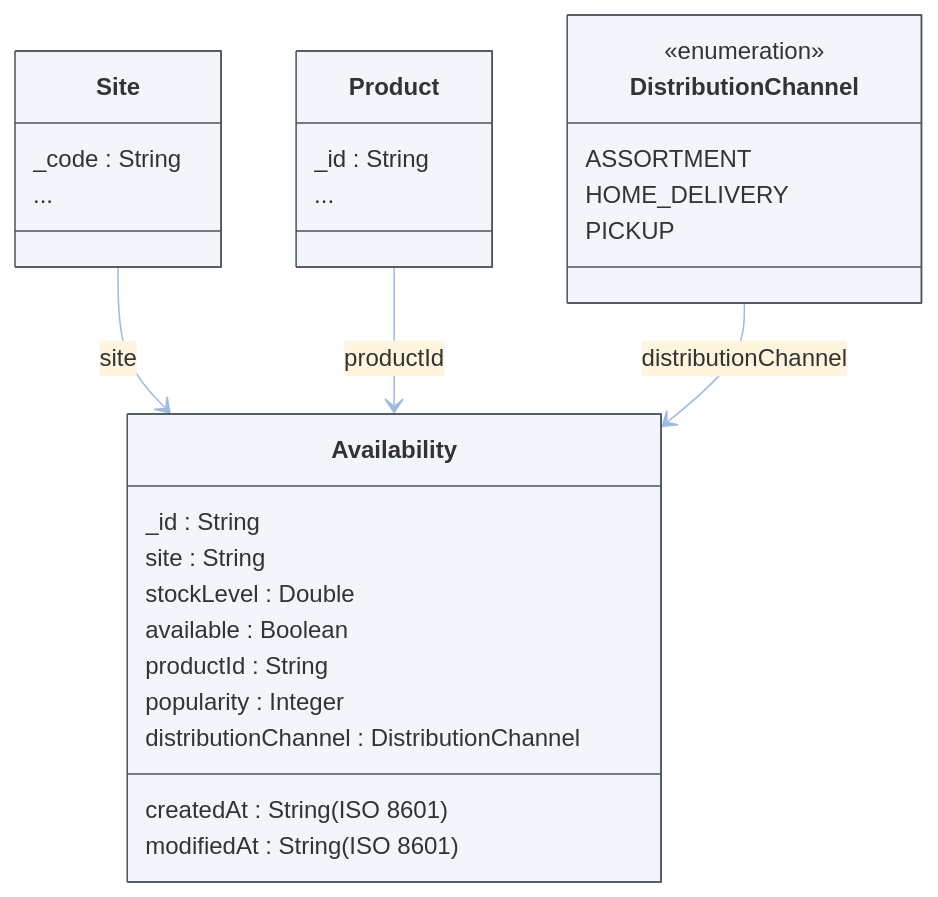
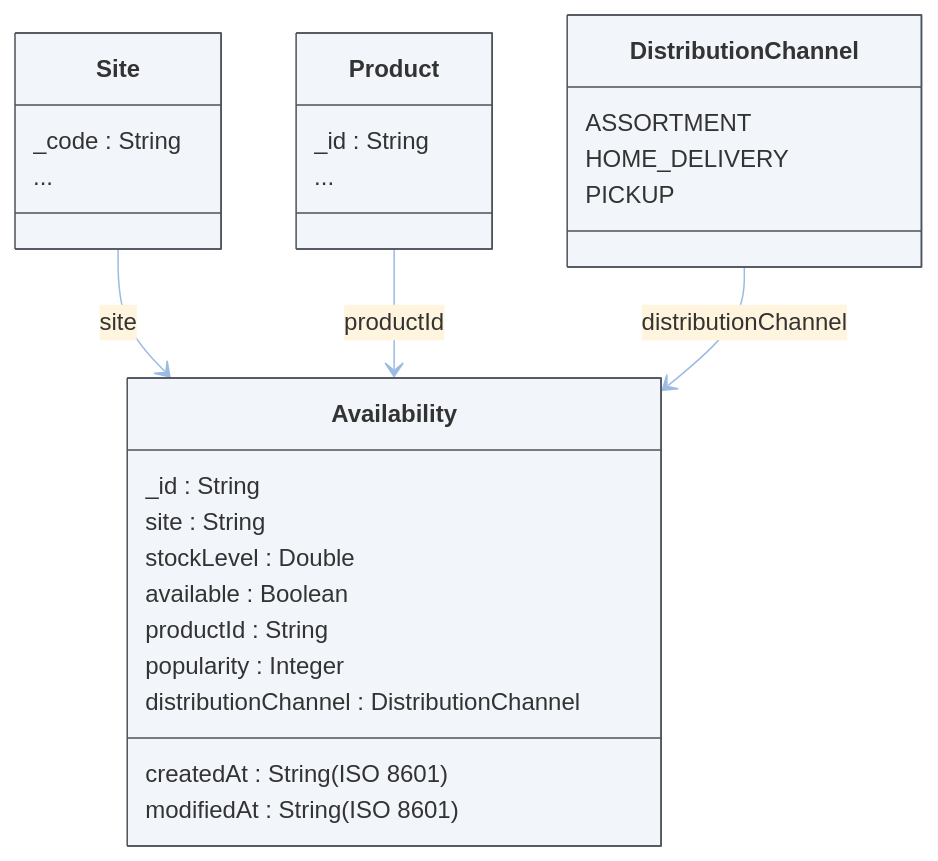
Before and after one commit to emporix/api-references: the diagram in orders/availability/availability.md, drawn with Mermaid. The commit also changed 1 other file, not shown here.

Commit message:
Review fixes

````diff
--- a/orders/availability/availability.md
+++ b/orders/availability/availability.md
@@ -34,52 +34,51 @@
 ```mermaid
 ---
 config:
   layout: fixed
   theme: base
   look: classic
   themeVariables:
     background: transparent
     lineColor: "#9CBBE3"
     arrowheadColor: "#9CBBE3"
     edgeLabelBackground: "#FFC128"
     edgeLabelTextColor: "#4C5359"
 ---
 classDiagram
     class Site {
         _code : String
         ...
     }
 
     class Product {
         _id : String
         ...
     }
 
     class Availability {
         _id : String
         site : String
         stockLevel : Double
         available : Boolean
         productId : String
         popularity : Integer
         createdAt : String (ISO 8601)
         modifiedAt : String (ISO 8601)
         distributionChannel : DistributionChannel
     }
 
     class DistributionChannel {
-        <<enumeration>>
         ASSORTMENT
         HOME_DELIVERY
         PICKUP
     }
 
     Site --> Availability : site
     Product --> Availability : productId
     DistributionChannel --> Availability : distributionChannel
 
     style Availability fill:#F2F6FA, stroke:#4C5359
     style Product fill:#F2F6FA, stroke:#4C5359
     style Site fill:#F2F6FA, stroke:#4C5359
     style DistributionChannel fill:#F2F6FA, stroke:#4C5359
 ```
````
